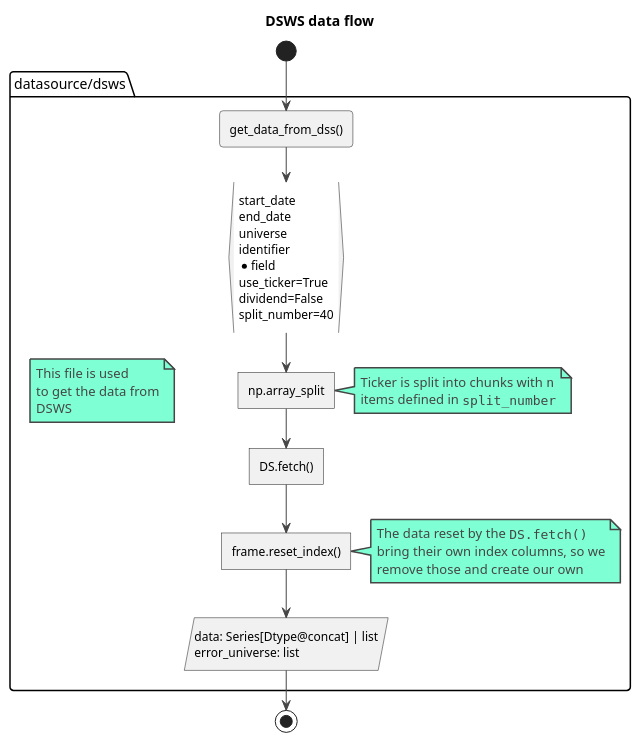
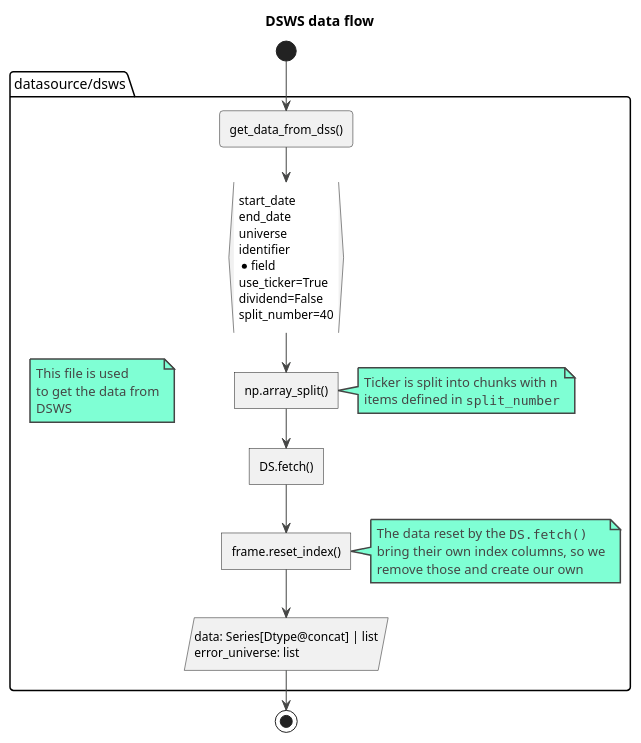
One commit to asklora/DROID_V2.1 changed the diagram in docs/dsws_flow.wsd. Above: the diagram before and after it, drawn with PlantUML. The commit also changed 3 other files, not shown here.

Commit message:
update quandl flow

```diff
--- a/docs/dsws_flow.wsd
+++ b/docs/dsws_flow.wsd
@@ -1,41 +1,41 @@
 @startuml dsws
 
 title "DSWS data flow"
 
 !theme vibrant
 
 skinparam Shadowing false
 skinparam DefaultFontName Ubuntu
 skinparam ParticipantPadding 20
 skinparam BoxPadding 10
 skinparam ConditionEndStyle diamond
 
 start
 
 package "datasource/dsws" {
     floating note: This file is used\nto get the data from\nDSWS
     :get_data_from_dss();
 
     :start_date\nend_date\nuniverse\nidentifier\n*field\nuse_ticker=True\ndividend=False\nsplit_number=40}
 
-    :np.array_split]
+    :np.array_split()]
     note right
         Ticker is split into chunks with ""n""
         items defined in ""split_number""
     end note
 
     :DS.fetch()]
 
     :frame.reset_index()]
     note right
         The data reset by the ""DS.fetch()""
         bring their own index columns, so we
         remove those and create our own
     end note
 
     :data: Series[Dtype@concat] | list\nerror_universe: list/
 }
 
 stop
 
 @enduml
```
